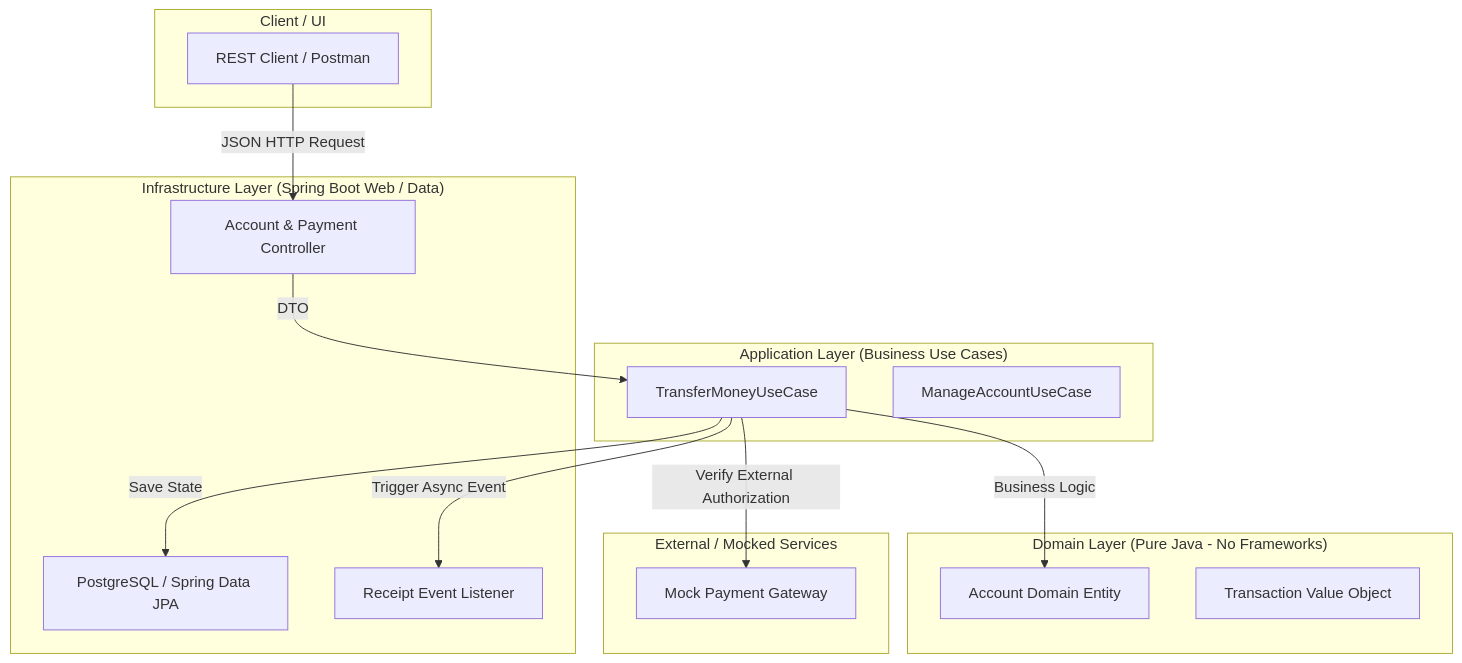
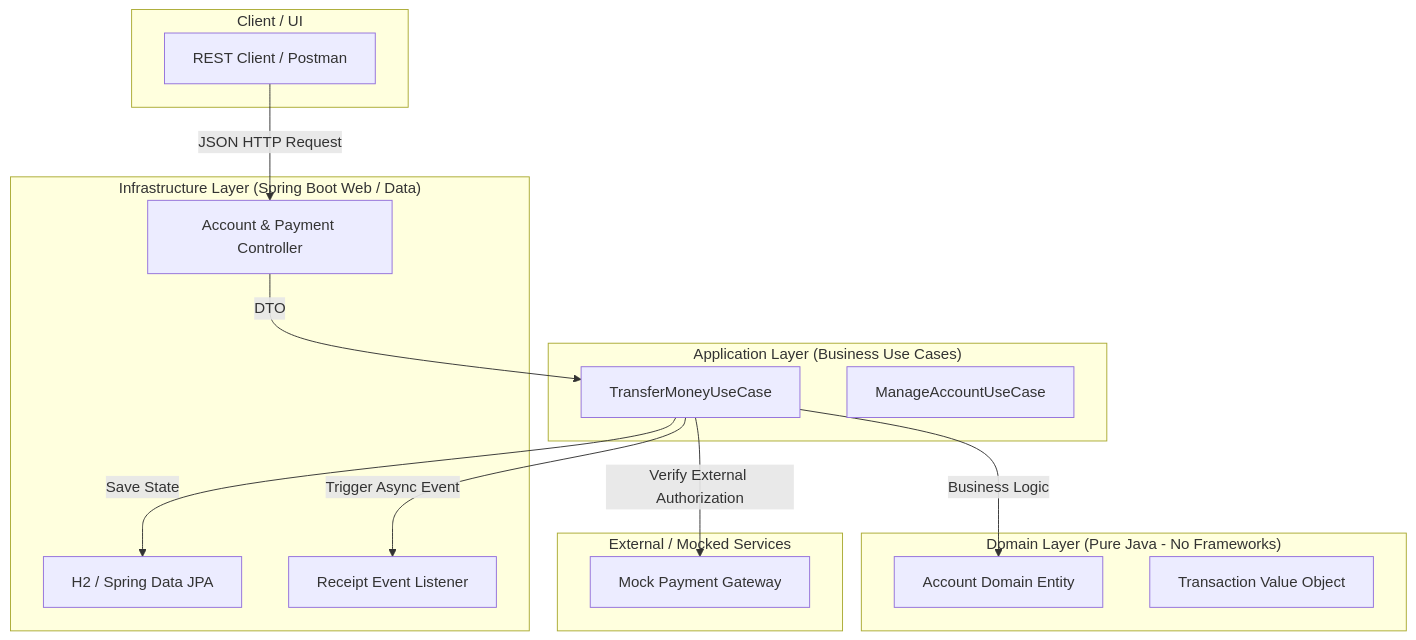
One commit to hirvovi1/pgapi changed the diagram in README.md. Above: the diagram before and after it, drawn with Mermaid.

Commit message:
Update database from PostgreSQL to H2 in README

````diff
--- a/README.md
+++ b/README.md
@@ -4,34 +4,34 @@
 ```mermaid
 graph TD
     subgraph ui ["Client / UI"]
         Postman[REST Client / Postman]
     end
 
     subgraph infra ["Infrastructure Layer (Spring Boot Web / Data)"]
         Controller[Account & Payment Controller]
-        JPA[PostgreSQL / Spring Data JPA]
+        JPA[H2 / Spring Data JPA]
         EventListener[Receipt Event Listener]
     end
 
     subgraph app ["Application Layer (Business Use Cases)"]
         TransferUseCase[TransferMoneyUseCase]
         AccountUseCase[ManageAccountUseCase]
     end
 
     subgraph dom ["Domain Layer (Pure Java - No Frameworks)"]
         AccountEntity[Account Domain Entity]
         TransactionEntity[Transaction Value Object]
     end
 
     subgraph ext ["External / Mocked Services"]
         MockGateway[Mock Payment Gateway]
     end
 
     %% Data Flow
     Postman -->|JSON HTTP Request| Controller
     Controller -->|DTO| TransferUseCase
     TransferUseCase -->|Business Logic| AccountEntity
     TransferUseCase -->|Save State| JPA
     TransferUseCase -->|Trigger Async Event| EventListener
     TransferUseCase -->|Verify External Authorization| MockGateway
 ```
````
